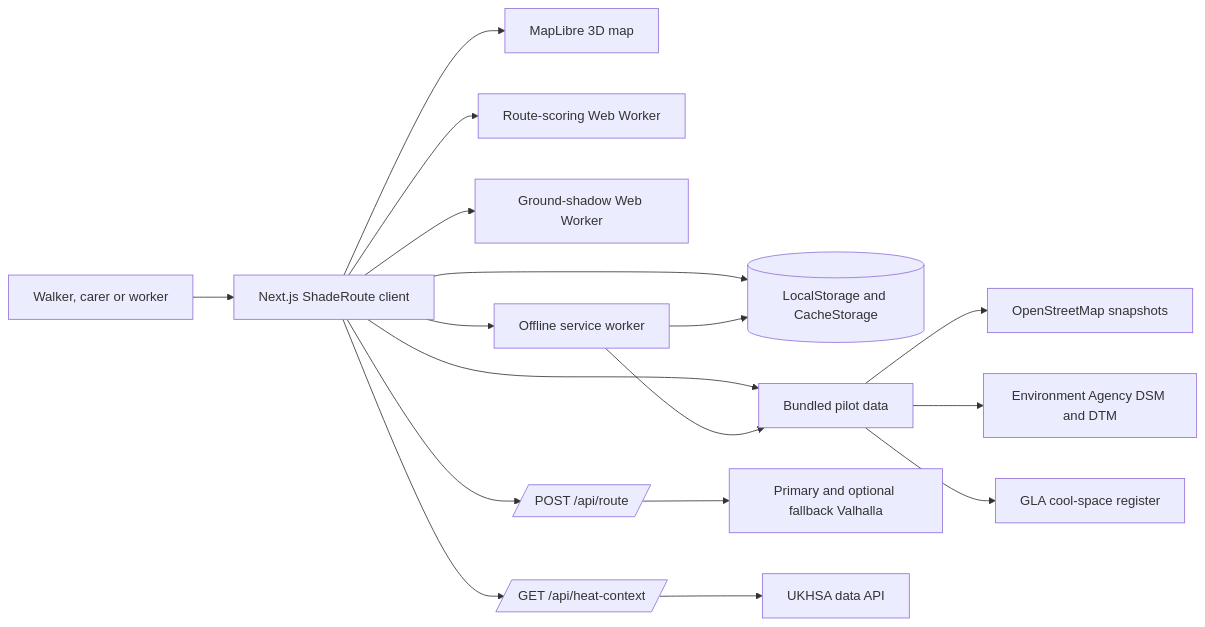
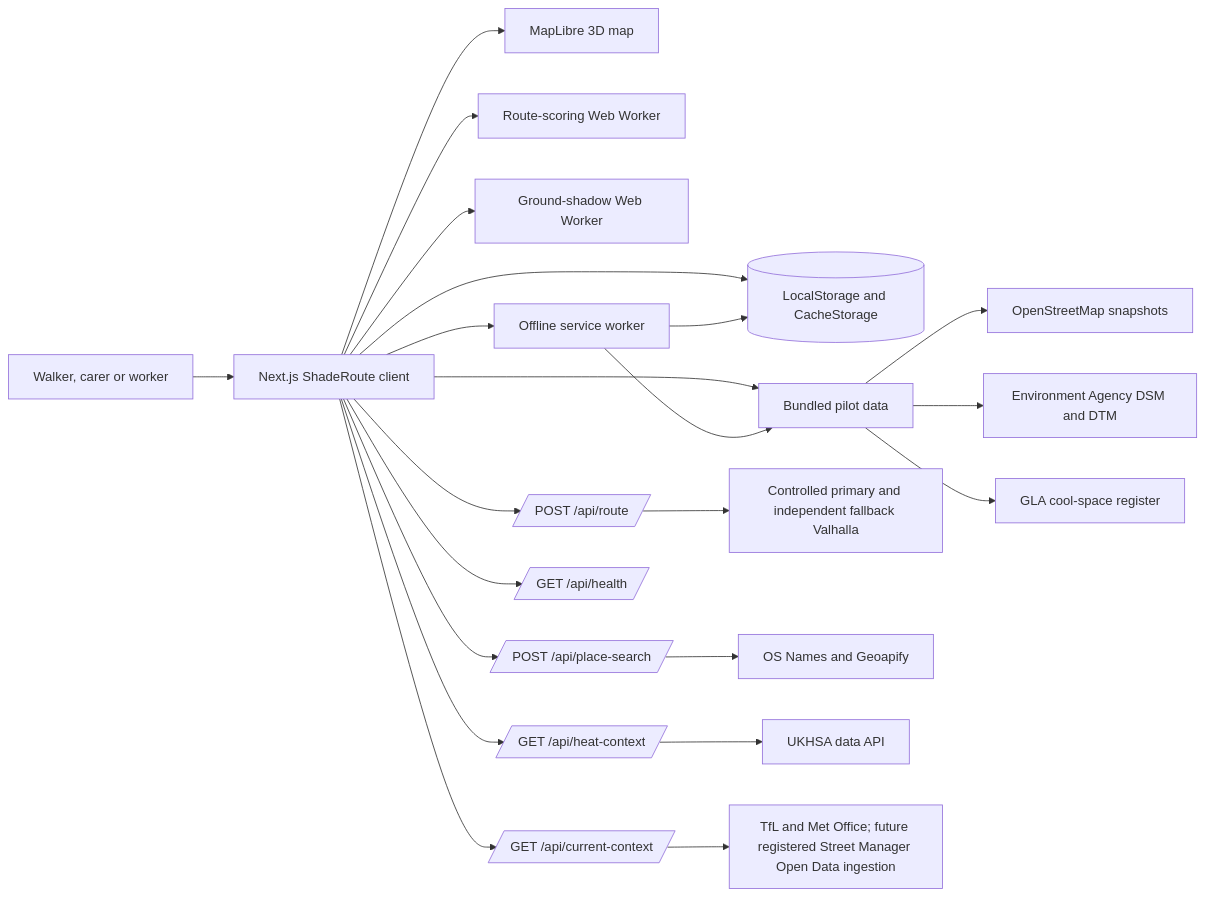
One commit to MasteraSnackin/shade-route changed the first of 2 diagrams in ARCHITECTURE.md. Above: the diagram before and after it, drawn with Mermaid. The commit also changed other lines of this file and 135 other files, not shown here.

````diff
--- a/ARCHITECTURE.md
+++ b/ARCHITECTURE.md
@@ -42,22 +43,27 @@
 ```mermaid
 flowchart LR
   User[Walker, carer or worker] --> UI[Next.js ShadeRoute client]
   UI --> Map[MapLibre 3D map]
   UI --> ScoreWorker[Route-scoring Web Worker]
   UI --> ShadowWorker[Ground-shadow Web Worker]
   UI --> Device[(LocalStorage and CacheStorage)]
 
   UI --> RouteAPI[/POST /api/route/]
+  UI --> SearchAPI[/POST /api/place-search/]
   UI --> HeatAPI[/GET /api/heat-context/]
+  UI --> CurrentAPI[/GET /api/current-context/]
+  UI --> HealthAPI[/GET /api/health/]
   UI --> Static[Bundled pilot data]
 
-  RouteAPI --> Valhalla[Primary and optional fallback Valhalla]
+  RouteAPI --> Valhalla[Controlled primary and independent fallback Valhalla]
+  SearchAPI --> Places[OS Names and Geoapify]
   HeatAPI --> UKHSA[UKHSA data API]
+  CurrentAPI --> CurrentSources[TfL and Met Office; future registered Street Manager Open Data ingestion]
   Static --> OSM[OpenStreetMap snapshots]
   Static --> EA[Environment Agency DSM and DTM]
   Static --> GLA[GLA cool-space register]
 
   ServiceWorker[Offline service worker] --> Device
   ServiceWorker --> Static
   UI --> ServiceWorker
 ```
````
